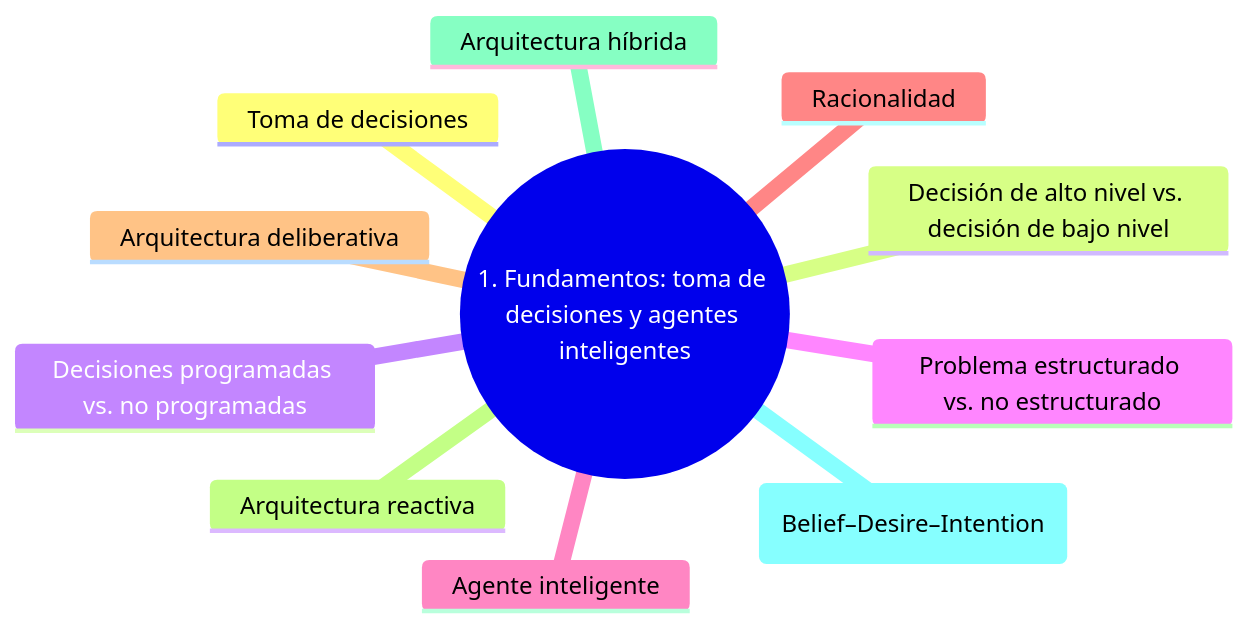
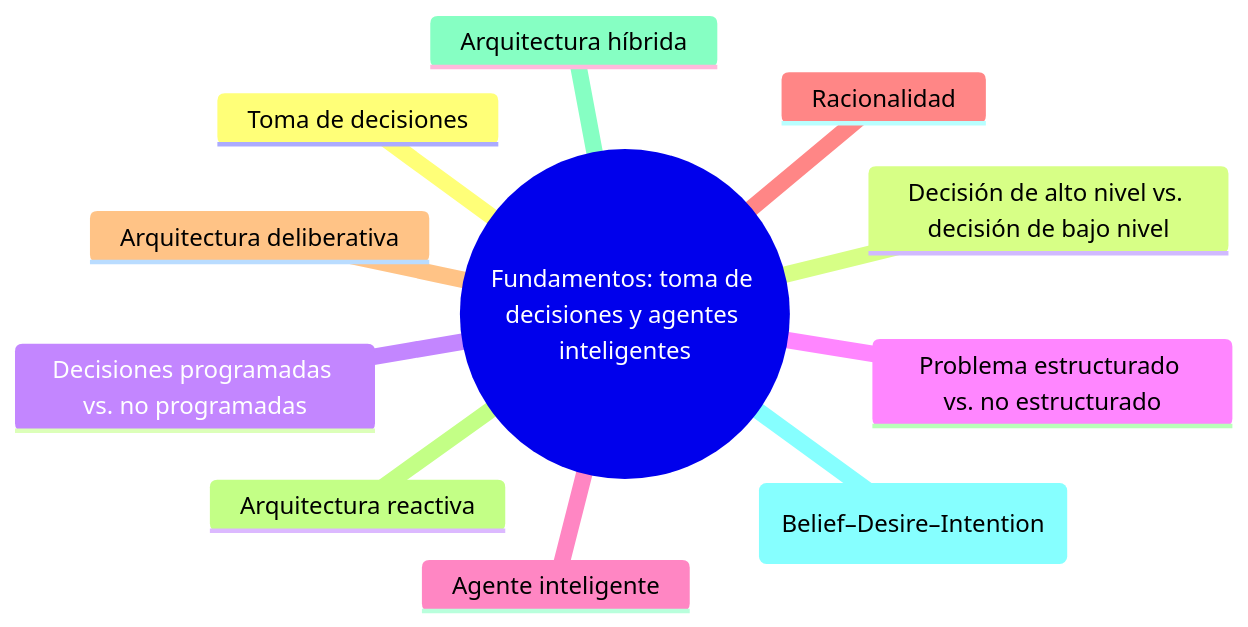
The first of 17 diagrams in src/src/data/blog/2026/05/es/glosario-razonamiento-planificacion.mdx (rgglez/rgglez-website), drawn with Mermaid before and after one commit. The commit also changed other lines of this file and 42 other files, not shown here.

````diff
--- a/src/src/data/blog/2026/05/es/glosario-razonamiento-planificacion.mdx
+++ b/src/src/data/blog/2026/05/es/glosario-razonamiento-planificacion.mdx
@@ -216,14 +218,14 @@
 ```mermaid
 mindmap
-  root((1. Fundamentos: toma de decisiones y agentes inteligentes))
+  root(("Fundamentos: toma de decisiones y agentes inteligentes"))
     Toma de decisiones
     Decisión de alto nivel vs. decisión de bajo nivel
     Decisiones programadas vs. no programadas
     Problema estructurado vs. no estructurado
     Agente inteligente
     Racionalidad
     Arquitectura deliberativa
     Arquitectura reactiva
     Arquitectura híbrida
     Modelo BDI (Belief–Desire–Intention)
 ```
````
